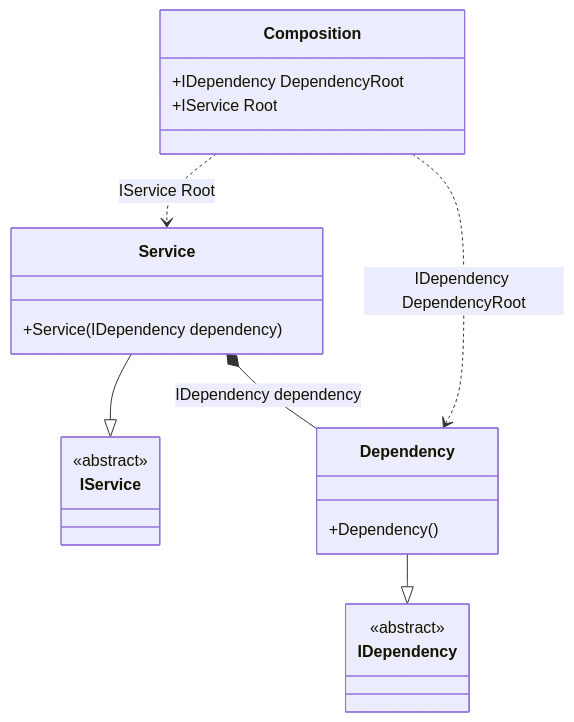
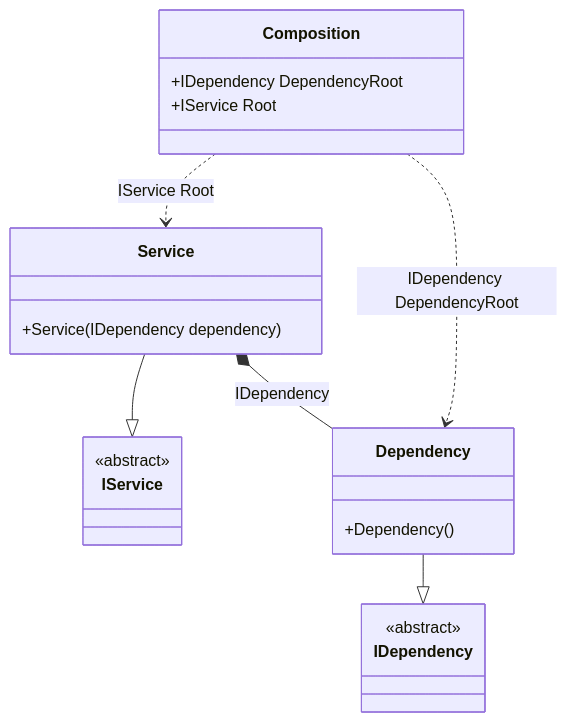
The diagram in readme/resolve-hint.md (DevTeam/Pure.DI), drawn with Mermaid before and after one commit. The commit also changed other lines of this file and 84 other files, not shown here.

````diff
--- a/readme/resolve-hint.md
+++ b/readme/resolve-hint.md
@@ -35,24 +35,24 @@
 ```mermaid
 classDiagram
   class Composition {
     +IDependency DependencyRoot
     +IService Root
   }
   Service --|> IService : 
   class Service {
     +Service(IDependency dependency)
   }
   Dependency --|> IDependency : 
   class Dependency {
     +Dependency()
   }
   class IService {
     <<abstract>>
   }
   class IDependency {
     <<abstract>>
   }
-  Service *--  Dependency : IDependency dependency
+  Service *--  Dependency : IDependency
   Composition ..> Dependency : IDependency DependencyRoot
   Composition ..> Service : IService Root
 ```
````
